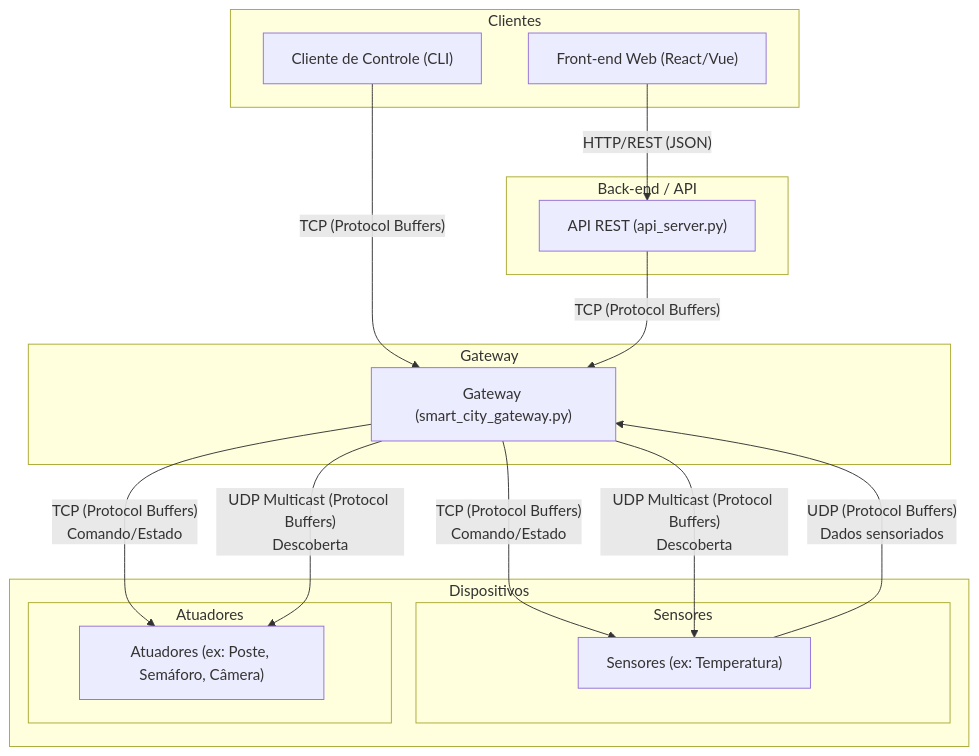
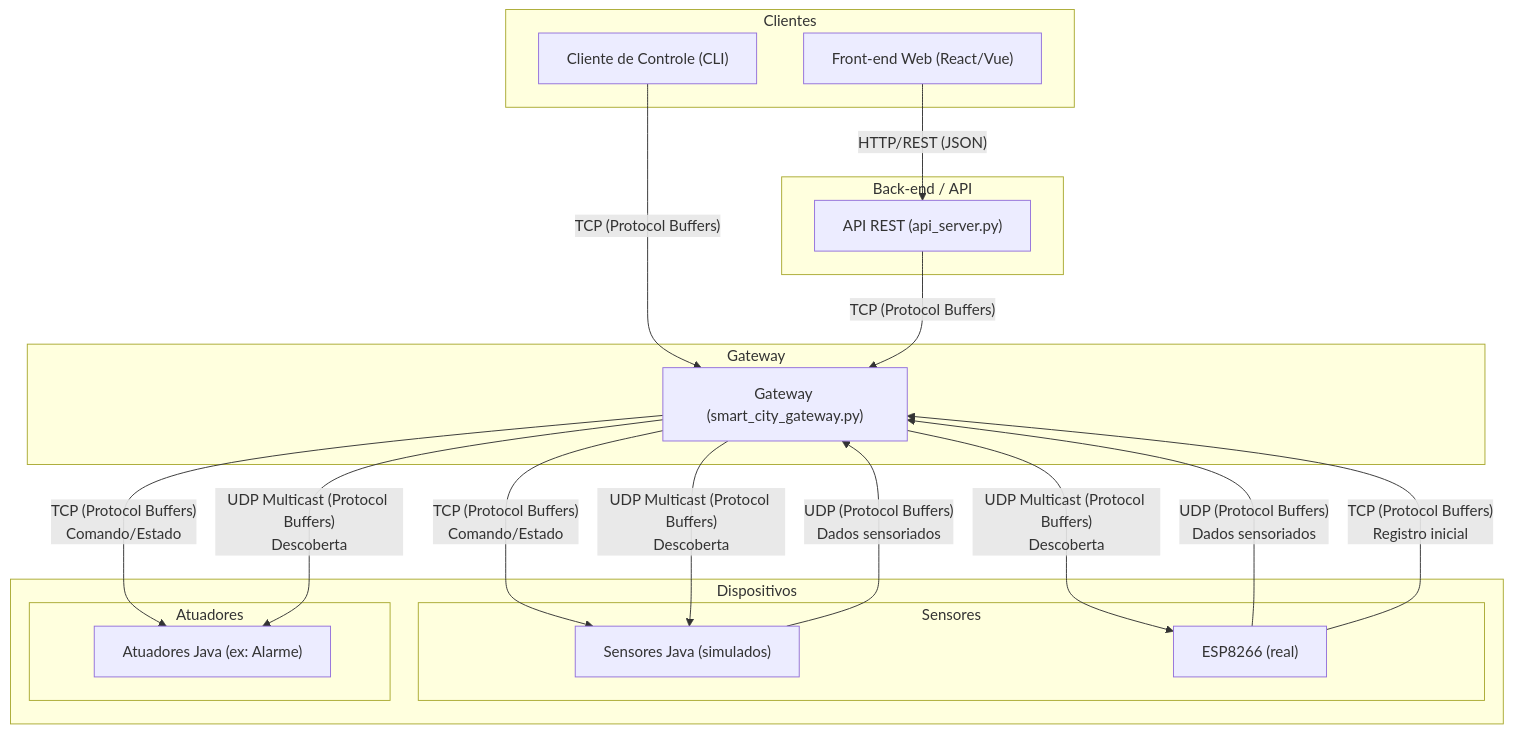
Before and after one commit to mdo-br/Trabalho-SD-gRPC-RabbitMQ-MQTT: the diagram in README.md, drawn with Mermaid. The commit also changed other lines of this file and 3 other files, not shown here.

````diff
--- a/README.md
+++ b/README.md
@@ -11,33 +23,37 @@
 ```mermaid
 flowchart TB
     subgraph Clientes
         FE["Front-end Web (React/Vue)"]
         CLI["Cliente de Controle (CLI)"]
     end
 
     subgraph "Back-end / API"
         API["API REST (api_server.py)"]
     end
 
     subgraph Gateway
         GW["Gateway (smart_city_gateway.py)"]
     end
 
     subgraph Dispositivos
         subgraph Sensores
-            S["Sensores (ex: Temperatura)"]
+            S["Sensores Java (simulados)"]
+            ESP["ESP8266 (real)"]
         end
         subgraph Atuadores
-            A["Atuadores (ex: Poste, Semáforo, Câmera)"]
+            A["Atuadores Java (ex: Alarme)"]
         end
     end
 
     FE -- "HTTP/REST (JSON)" --> API
     CLI -- "TCP (Protocol Buffers)" --> GW
     API -- "TCP (Protocol Buffers)" --> GW
     GW -- "TCP (Protocol Buffers)\nComando/Estado" --> S
     GW -- "TCP (Protocol Buffers)\nComando/Estado" --> A
     GW -- "UDP Multicast (Protocol Buffers)\nDescoberta" --> S
     GW -- "UDP Multicast (Protocol Buffers)\nDescoberta" --> A
+    GW -- "UDP Multicast (Protocol Buffers)\nDescoberta" --> ESP
     S -- "UDP (Protocol Buffers)\nDados sensoriados" --> GW
+    ESP -- "UDP (Protocol Buffers)\nDados sensoriados" --> GW
+    ESP -- "TCP (Protocol Buffers)\nRegistro inicial" --> GW
 ```
````
